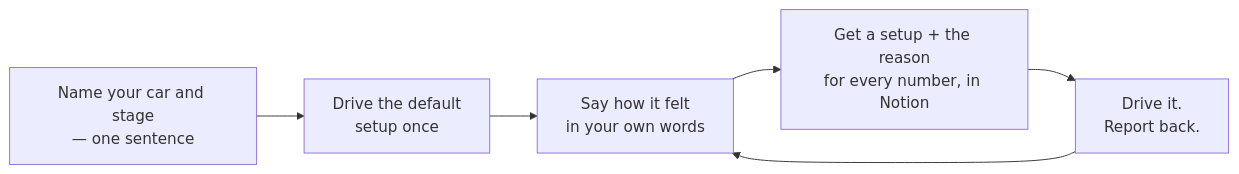
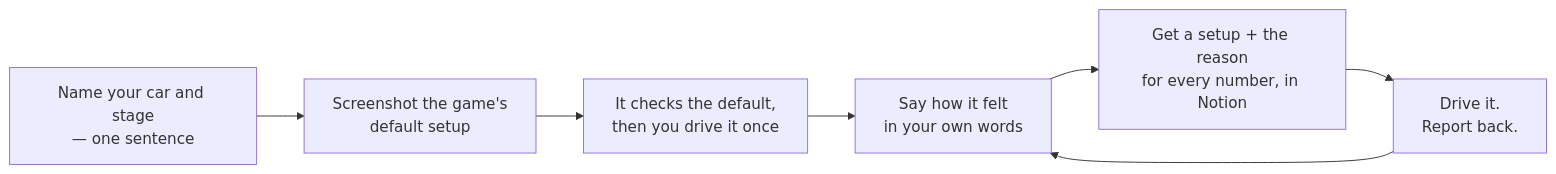
Before and after one commit to fredmayor88/acr-setup-engineer: the first of 6 diagrams in README.md, drawn with Mermaid. The commit also changed other lines of this file and 4 other files, not shown here.

````diff
--- a/README.md
+++ b/README.md
@@ -53,8 +53,9 @@
 ```mermaid
 flowchart LR
-    A["Name your car and stage<br/>— one sentence"] --> B["Drive the default<br/>setup once"]
+    A["Name your car and stage<br/>— one sentence"] --> S["Screenshot the game's<br/>default setup"]
+    S --> B["It checks the default,<br/>then you drive it once"]
     B --> C["Say how it felt<br/>in your own words"]
     C --> D["Get a setup + the reason<br/>for every number, in Notion"]
     D --> E["Drive it.<br/>Report back."]
     E --> C
 ```
````
